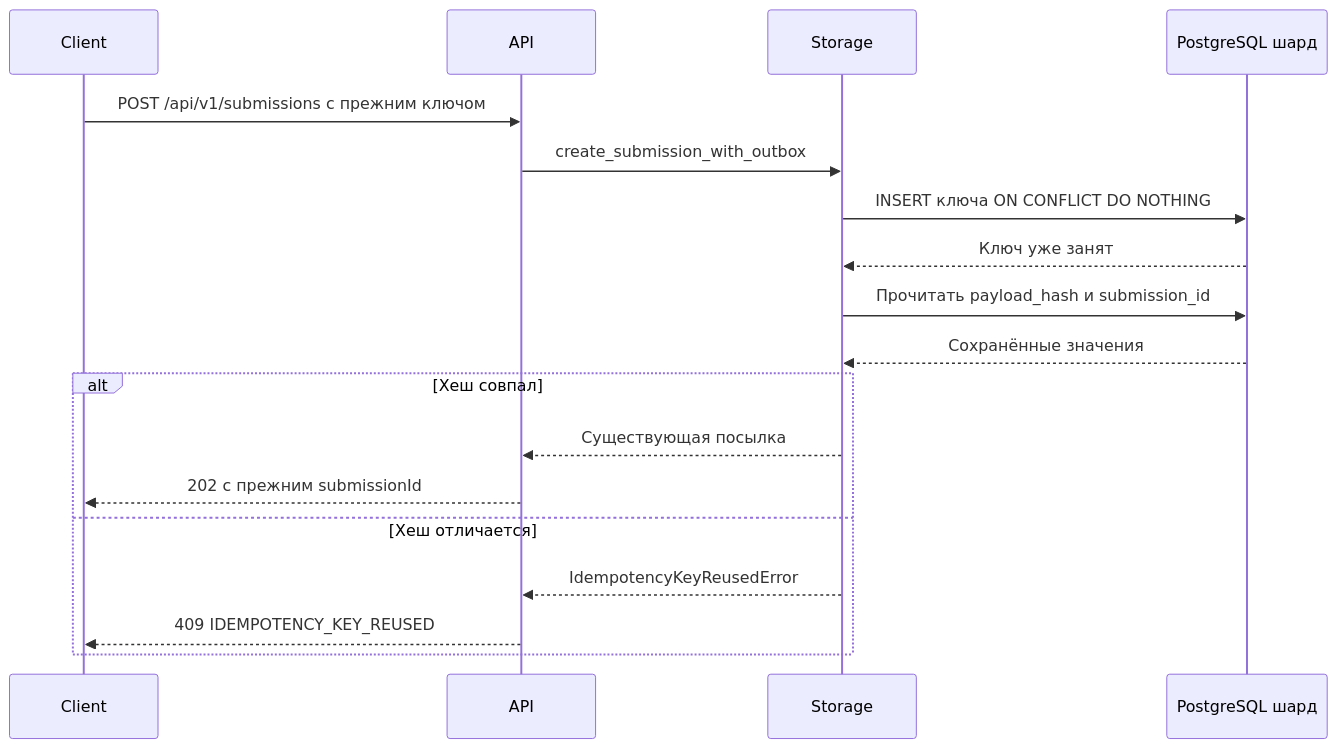
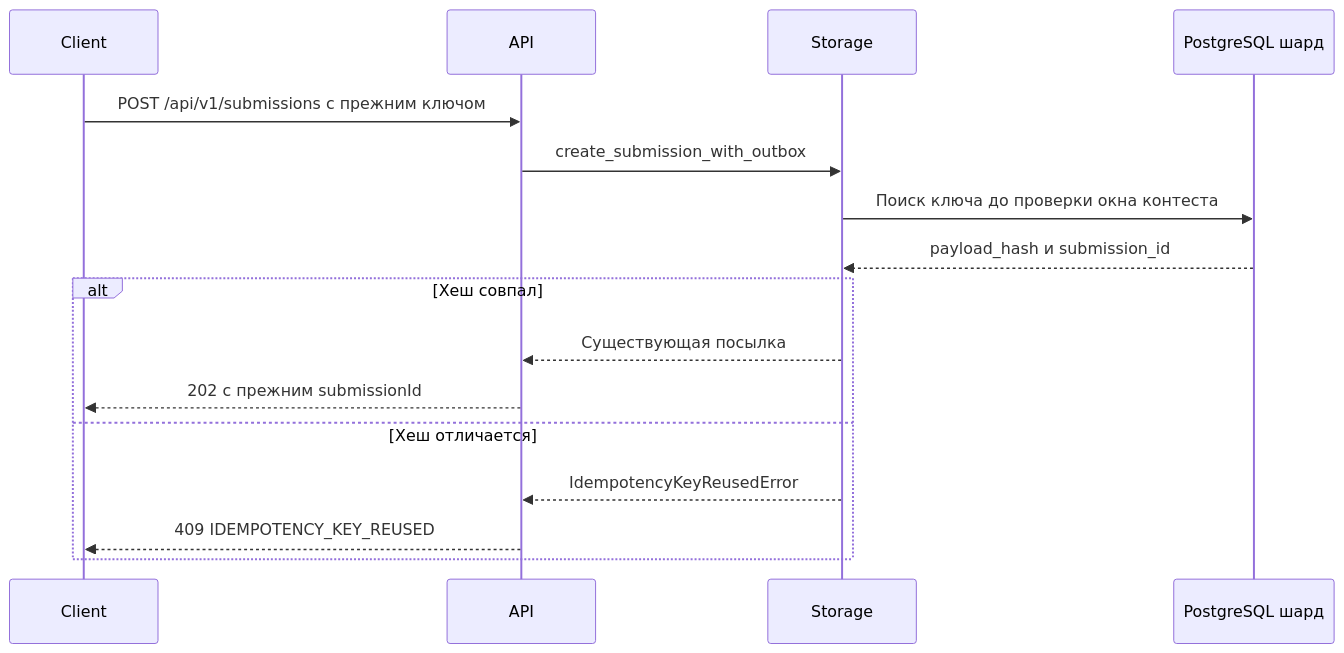
One commit to spbu-ds-practicum-2026/hotfix changed the fifth of 12 diagrams in docs/tr.md. Above: the diagram before and after it, drawn with Mermaid. The commit also changed other lines of this file, not shown here.

````diff
--- a/docs/tr.md
+++ b/docs/tr.md
@@ -442,21 +458,19 @@
 ```mermaid
 sequenceDiagram
   participant Client
   participant API
   participant Storage
   participant DB as PostgreSQL шард
 
   Client->>API: POST /api/v1/submissions с прежним ключом
   API->>Storage: create_submission_with_outbox
-  Storage->>DB: INSERT ключа ON CONFLICT DO NOTHING
-  DB-->>Storage: Ключ уже занят
-  Storage->>DB: Прочитать payload_hash и submission_id
-  DB-->>Storage: Сохранённые значения
+  Storage->>DB: Поиск ключа до проверки окна контеста
+  DB-->>Storage: payload_hash и submission_id
   alt Хеш совпал
     Storage-->>API: Существующая посылка
     API-->>Client: 202 с прежним submissionId
   else Хеш отличается
     Storage-->>API: IdempotencyKeyReusedError
     API-->>Client: 409 IDEMPOTENCY_KEY_REUSED
   end
 ```
````
